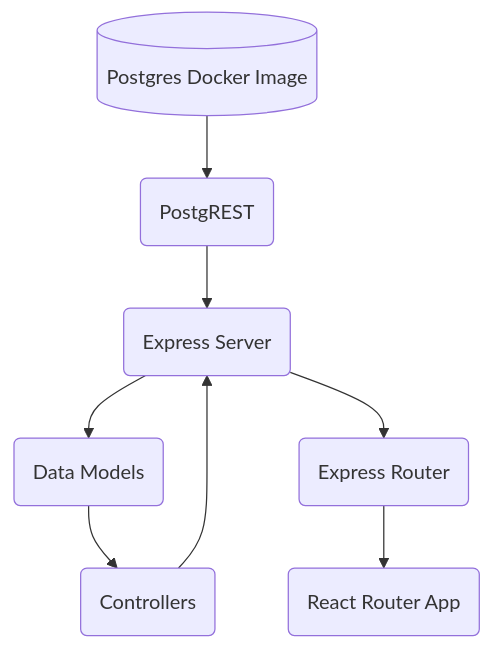
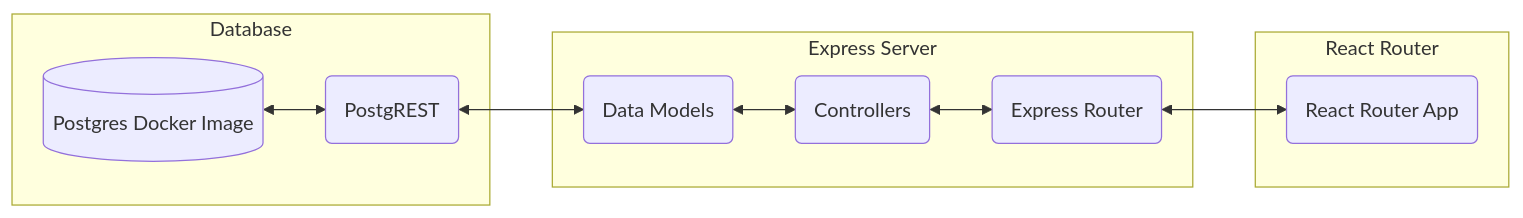
Before and after one commit to olivermarkey/fullstack-assessment: the diagram in README.md, drawn with Mermaid. The commit also changed other lines of this file and 6 other files, not shown here.

````diff
--- a/README.md
+++ b/README.md
@@ -34,10 +21,14 @@
 ```mermaid
-flowchart TD
-    A[(Postgres Docker Image)] --> B(PostgREST)
-    B --> C(Express Server)
-    C --> D(Data Models)
-    D --> E(Controllers)
-    E --> C
-    C --> F(Express Router)
-    F --> G(React Router App)
+flowchart LR
+    subgraph Database
+    A[(Postgres Docker Image)] <--> B(PostgREST)
+    end
+    subgraph Express Server
+    B <--> C(Data Models)
+    C <--> D(Controllers)
+    D <--> F(Express Router)
+    end
+    subgraph React Router
+    F <--> G(React Router App)
+    end
 ```
````
